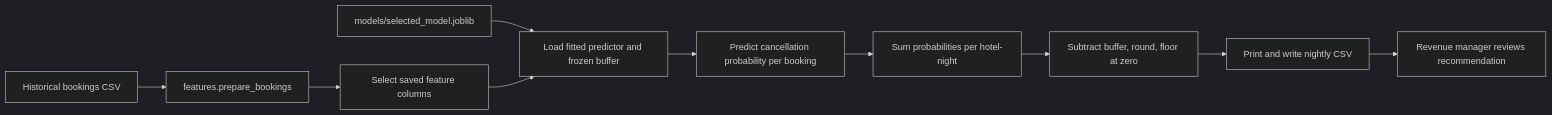
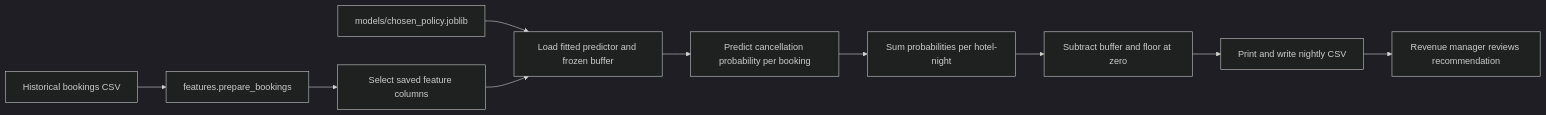
The diagram in docs/PRD.md (Nitishvarma50/Hotel_booking_optimization), drawn with Mermaid (dark theme) before and after one commit. The commit also changed other lines of this file and 9 other files, not shown here.

````diff
--- a/docs/PRD.md
+++ b/docs/PRD.md
@@ -76,12 +76,12 @@
 ```mermaid
 flowchart LR
     A[Historical bookings CSV] --> B[features.prepare_bookings]
     B --> C[Select saved feature columns]
-    D[models/selected_model.joblib] --> E[Load fitted predictor and frozen buffer]
+    D[models/chosen_policy.joblib] --> E[Load fitted predictor and frozen buffer]
     C --> E
     E --> F[Predict cancellation probability per booking]
     F --> G[Sum probabilities per hotel-night]
-    G --> H[Subtract buffer, round, floor at zero]
+    G --> H[Subtract buffer and floor at zero]
     H --> I[Print and write nightly CSV]
     I --> J[Revenue manager reviews recommendation]
 ```
````
